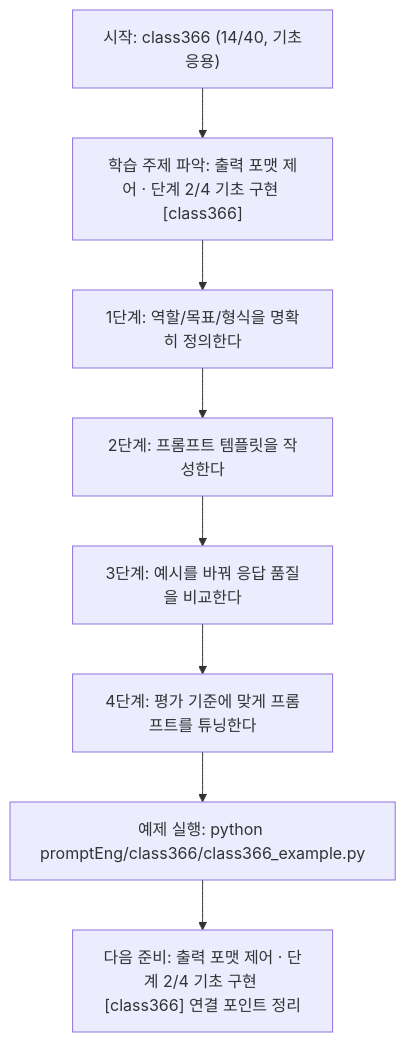
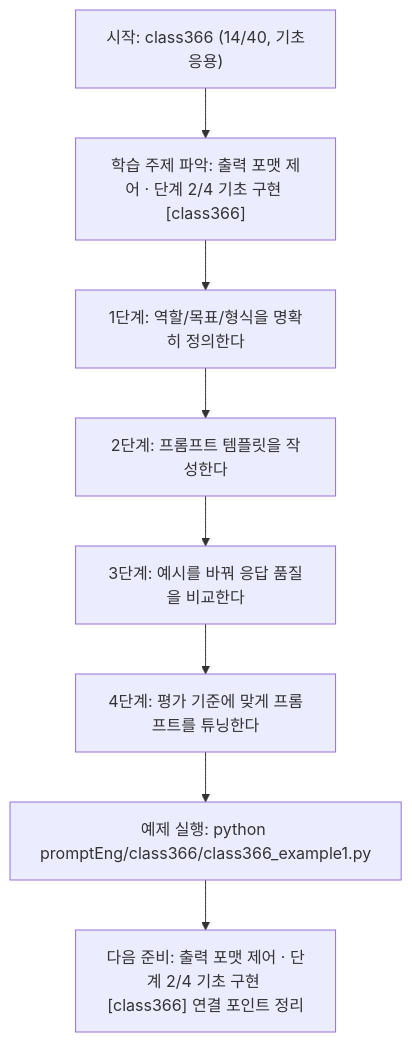
Before and after one commit to edumgt/Python-AI_Agent-Class: the diagram in promptEng/class366/class366.md, drawn with Mermaid. The commit also changed other lines of this file and 2959 other files, not shown here.

````diff
--- a/promptEng/class366/class366.md
+++ b/promptEng/class366/class366.md
@@ -110,18 +110,18 @@
 ```mermaid
 flowchart TD
 N1["시작: class366 (14/40, 기초응용)"]
 N2["학습 주제 파악: 출력 포맷 제어 · 단계 2/4 기초 구현 [class366]"]
 N3["1단계: 역할/목표/형식을 명확히 정의한다"]
 N4["2단계: 프롬프트 템플릿을 작성한다"]
 N5["3단계: 예시를 바꿔 응답 품질을 비교한다"]
 N6["4단계: 평가 기준에 맞게 프롬프트를 튜닝한다"]
-N7["예제 실행: python promptEng/class366/class366_example.py"]
+N7["예제 실행: python promptEng/class366/class366_example1.py"]
 N8["다음 준비: 출력 포맷 제어 · 단계 2/4 기초 구현 [class366] 연결 포인트 정리"]
 N1 --> N2
 N2 --> N3
 N3 --> N4
 N4 --> N5
 N5 --> N6
 N6 --> N7
 N7 --> N8
 ```
````
